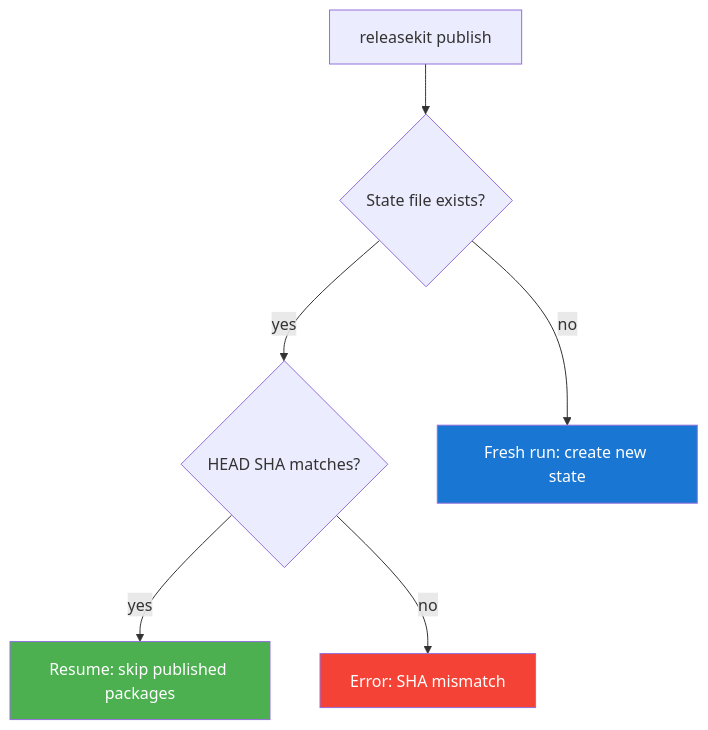
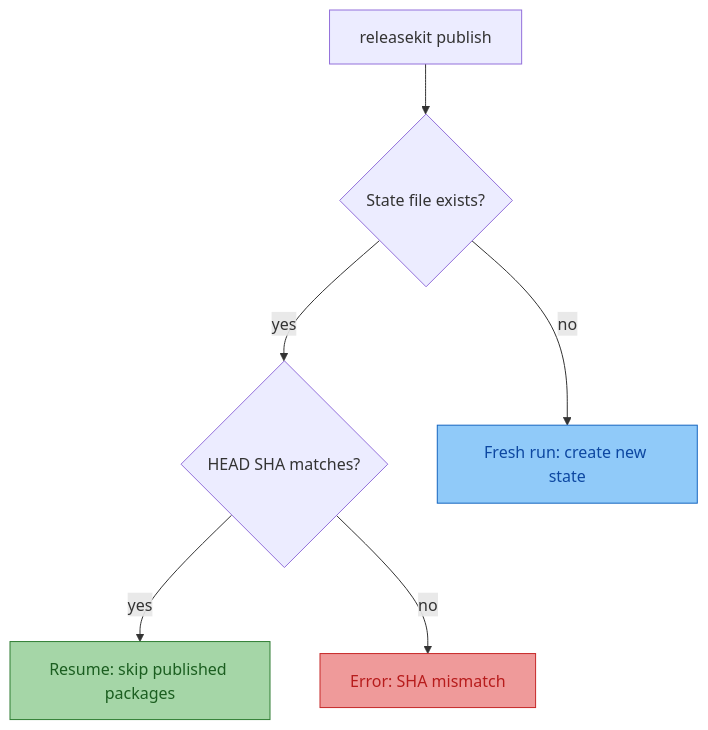
One commit to genkit-ai/genkit-python changed the second of 2 diagrams in tools/releasekit/docs/docs/architecture/state-machine.md. Above: the diagram before and after it, drawn with Mermaid. The commit also changed 208 other files, not shown here.

````diff
--- a/tools/releasekit/docs/docs/architecture/state-machine.md
+++ b/tools/releasekit/docs/docs/architecture/state-machine.md
@@ -73,19 +73,19 @@
 ```mermaid
 graph TD
     START["releasekit publish"]
     CHECK{"State file exists?"}
     SHA{"HEAD SHA matches?"}
     RESUME["Resume: skip published packages"]
     FRESH["Fresh run: create new state"]
     ERROR["Error: SHA mismatch"]
 
     START --> CHECK
     CHECK -->|yes| SHA
     CHECK -->|no| FRESH
     SHA -->|yes| RESUME
     SHA -->|no| ERROR
 
-    style RESUME fill:#4caf50,color:#fff
-    style FRESH fill:#1976d2,color:#fff
-    style ERROR fill:#f44336,color:#fff
+    style RESUME fill:#a5d6a7,stroke:#2e7d32,color:#1b5e20
+    style FRESH fill:#90caf9,stroke:#1565c0,color:#0d47a1
+    style ERROR fill:#ef9a9a,stroke:#c62828,color:#b71c1c
 ```
````
